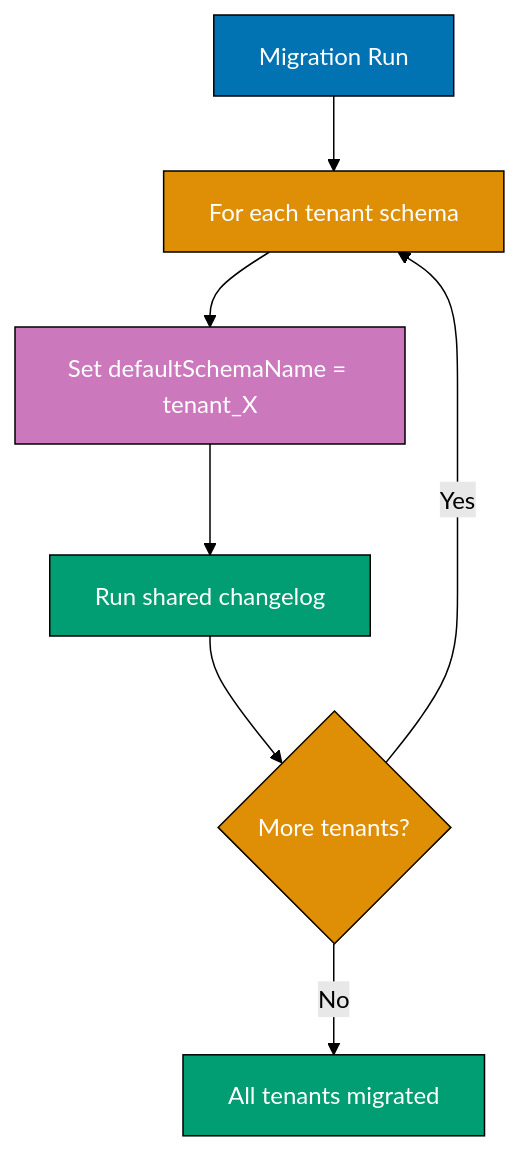
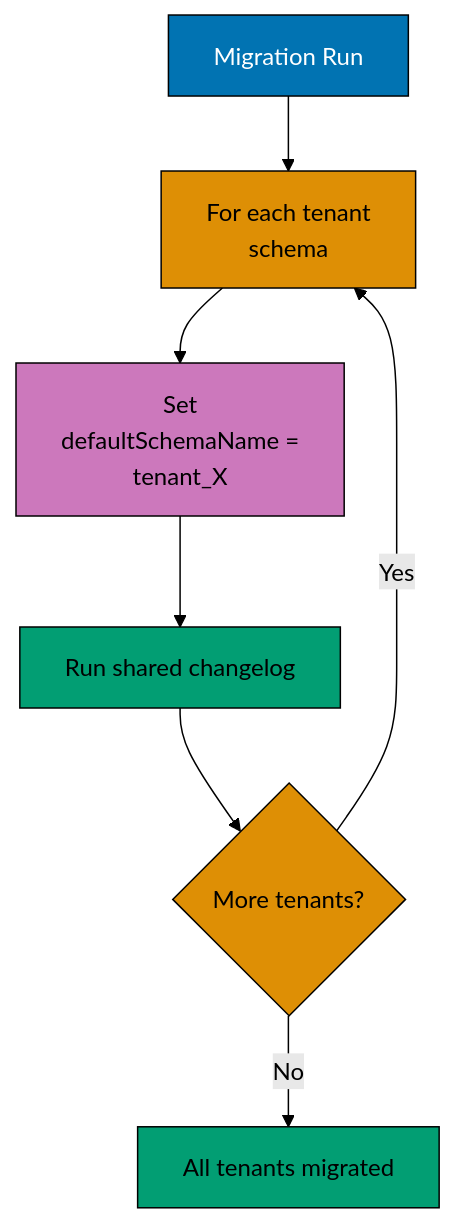
The seventh of 8 diagrams in apps/ayokoding-www/content/en/learn/legacy/software-engineering/data/tools/java-liquibase/by-example/advanced.md (wahidyankf/ose-public), drawn with Mermaid (forest theme) before and after one commit. The commit also changed other lines of this file and 131 other files, not shown here.

First line of the commit message:
fix(mermaid): bring the legacy data, infrastructure, and testing diagrams onto the accessible palette

````diff
--- a/apps/ayokoding-www/content/en/learn/legacy/software-engineering/data/tools/java-liquibase/by-example/advanced.md
+++ b/apps/ayokoding-www/content/en/learn/legacy/software-engineering/data/tools/java-liquibase/by-example/advanced.md
@@ -901,17 +946,24 @@
 ```mermaid
 %% Color Palette: Blue #0173B2, Orange #DE8F05, Teal #029E73, Purple #CC78BC, Brown #CA9161
 graph TD
-    A[Migration Run] --> B[For each tenant schema]
-    B --> C[Set defaultSchemaName = tenant_X]
+    accTitle: Example 74: Multi-Tenant Migrations
+    accDescr: Graph with 6 nodes and 6 connections. Nodes: Migration Run, For each tenant schema, Set defaultSchemaName = tenant_X, Run shared changelog, More tenants?, All tenants migrated. Connections: Migration Run to For each tenant schema, For each tenant schema to Set defaultSchemaName = tenant_X, Set defaultSchemaName = tenant_X to Run shared changelog, Run shared changelog to More tenants?, More tenants? to For each tenant schema (Yes), More tenants? to All tenants migrated (No).
+    A[Migration Run] --> B[For each tenant<br/>schema]
+    B --> C[Set<br/>defaultSchemaName =<br/>tenant_X]
     C --> D[Run shared changelog]
     D --> E{More tenants?}
     E -->|Yes| B
     E -->|No| F[All tenants migrated]
 
-    style A fill:#0173B2,stroke:#000,color:#fff
-    style B fill:#DE8F05,stroke:#000,color:#fff
-    style C fill:#CC78BC,stroke:#000,color:#fff
-    style D fill:#029E73,stroke:#000,color:#fff
-    style E fill:#DE8F05,stroke:#000,color:#fff
-    style F fill:#029E73,stroke:#000,color:#fff
+    classDef pal-0173B2 fill:#0173B2,stroke:#000000,color:#FFFFFF
+    class A pal-0173B2
+    classDef pal-DE8F05 fill:#DE8F05,stroke:#000000,color:#000000
+    class B pal-DE8F05
+    classDef pal-CC78BC fill:#CC78BC,stroke:#000000,color:#000000
+    class C pal-CC78BC
+    classDef pal-029E73 fill:#029E73,stroke:#000000,color:#000000
+    class D pal-029E73
+    class E pal-DE8F05
+    class F pal-029E73
+    classDef default fill:#FFFFFF,stroke:#000000,color:#000000
 ```
````
